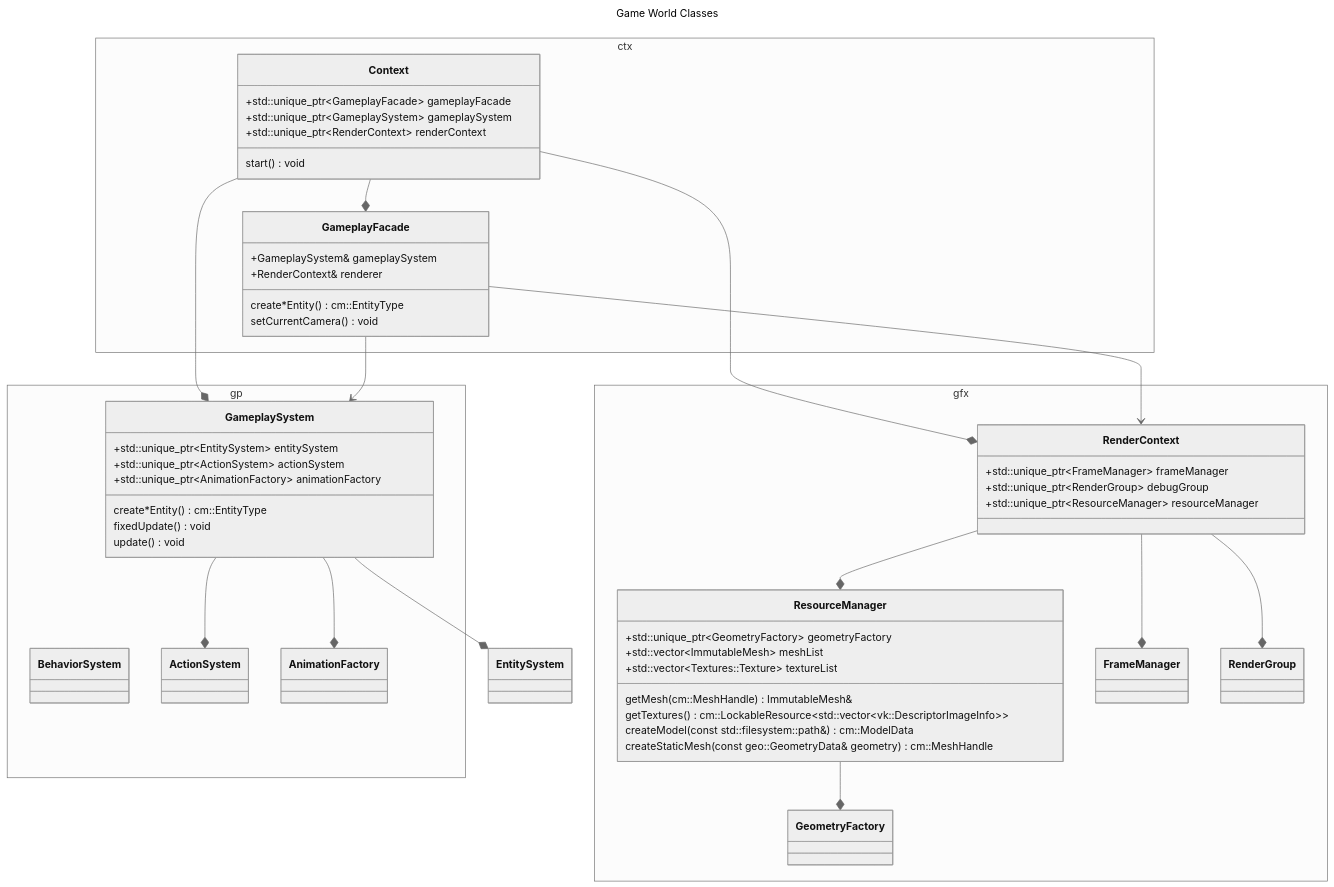
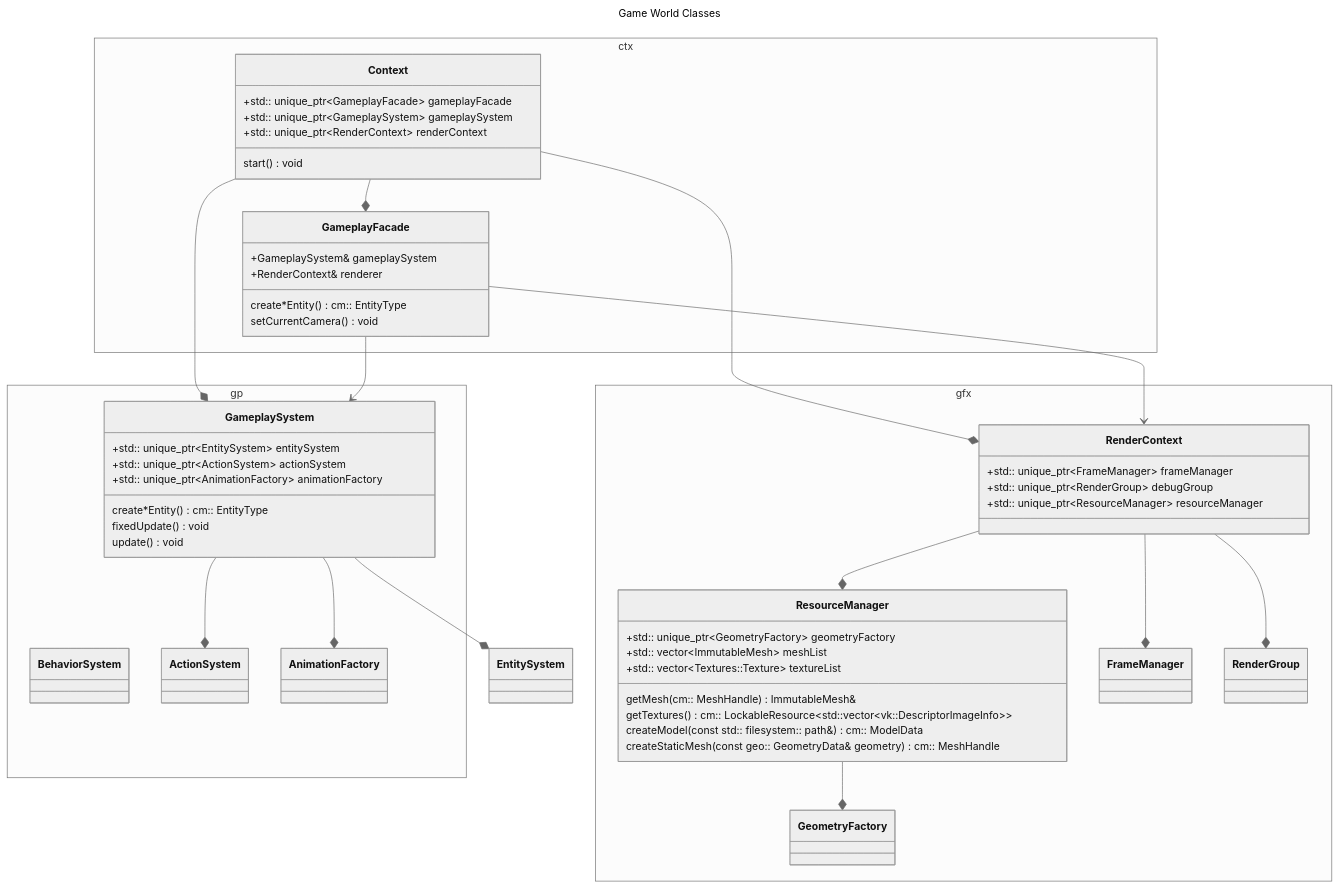
The first of 6 diagrams in design.md (matt328/triton), drawn with Mermaid (neutral theme) before and after one commit. The commit also changed other lines of this file and 43 other files, not shown here.

````diff
--- a/design.md
+++ b/design.md
@@ -221,84 +252,77 @@
 title: Game World Classes
 ---
 classDiagram
-namespace ctx {
-   class Context{
-      +std::unique_ptr~GameplayFacade~ gameplayFacade
-      +std::unique_ptr~GameplaySystem~ gameplaySystem
-      +std::unique_ptr~RenderContext~ renderContext
-      start() void
-   }
+    namespace ctx {
+        class Context {
+            +std:: unique_ptr~GameplayFacade~ gameplayFacade
+            +std:: unique_ptr~GameplaySystem~ gameplaySystem
+            +std:: unique_ptr~RenderContext~ renderContext
+            start() void
+        }
 
-   class GameplayFacade{
-      +GameplaySystem& gameplaySystem
-      +RenderContext& renderer
-      create*Entity() cm::EntityType
-      setCurrentCamera() void
-   }
-}
+        class GameplayFacade {
+            +GameplaySystem& gameplaySystem
+            +RenderContext& renderer
+            create*Entity() cm:: EntityType
+            setCurrentCamera() void
+        }
+    }
 
-namespace gp {
+    namespace gp {
+        class GameplaySystem {
+            +std:: unique_ptr~EntitySystem~ entitySystem
+            +std:: unique_ptr~ActionSystem~ actionSystem
+            +std:: unique_ptr~AnimationFactory~ animationFactory
+            create*Entity() cm:: EntityType
+            fixedUpdate() void
+            update() void
+        }
 
-   class GameplaySystem {
-      +std::unique_ptr~EntitySystem~ entitySystem
-      +std::unique_ptr~ActionSystem~ actionSystem
-      +std::unique_ptr~AnimationFactory~ animationFactory
-      create*Entity() cm::EntityType
-      fixedUpdate() void
-      update() void
-   }
+        class BehaviorSystem {
+        }
 
-   class BehaviorSystem {
+        class ActionSystem {
+        }
 
-   }
+        class AnimationFactory {
+        }
+    }
+    namespace gfx {
+        class RenderContext {
+            +std:: unique_ptr~FrameManager~ frameManager
+            +std:: unique_ptr~RenderGroup~ debugGroup
+            +std:: unique_ptr~ResourceManager~ resourceManager
+        }
 
-   class ActionSystem {
+        class ResourceManager {
+            +std:: unique_ptr~GeometryFactory~ geometryFactory
+            +std:: vector~ImmutableMesh~ meshList
+            +std:: vector~Textures::Texture~ textureList
+            getMesh(cm:: MeshHandle) ImmutableMesh&
+            getTextures() cm:: LockableResource~std::vector~vk::DescriptorImageInfo~~
+            createModel(const std:: filesystem:: path&) cm:: ModelData
+            createStaticMesh(const geo:: GeometryData& geometry) cm:: MeshHandle
+        }
 
-   }
+        class FrameManager {
+        }
 
-   class AnimationFactory {
+        class GeometryFactory {
+        }
 
-   }
-}
-namespace gfx {
-   class RenderContext {
-      +std::unique_ptr~FrameManager~ frameManager
-      +std::unique_ptr~RenderGroup~ debugGroup
-      +std::unique_ptr~ResourceManager~ resourceManager
-   }
-
-   class ResourceManager {
-      +std::unique_ptr~GeometryFactory~ geometryFactory
-      +std::vector~ImmutableMesh~ meshList
-      +std::vector~Textures::Texture~ textureList
-      getMesh(cm::MeshHandle) ImmutableMesh&
-      getTextures() cm::LockableResource~std::vector~vk::DescriptorImageInfo~~
-      createModel(const std::filesystem::path&) cm::ModelData
-      createStaticMesh(const geo::GeometryData& geometry) cm::MeshHandle
-   }
-
-   class FrameManager {
-
-   }
-
-   class GeometryFactory {
-
-   }
-
-   class RenderGroup {
-
-   }
-}
-Context --* GameplayFacade
-Context --* GameplaySystem
-Context --* RenderContext
-GameplayFacade --> GameplaySystem
-GameplayFacade --> RenderContext
-GameplaySystem --* EntitySystem
-GameplaySystem --* ActionSystem
-GameplaySystem --* AnimationFactory
-RenderContext --* FrameManager
-RenderContext --* RenderGroup
-RenderContext --* ResourceManager
-ResourceManager --* GeometryFactory
+        class RenderGroup {
+        }
+    }
+    Context --* GameplayFacade
+    Context --* GameplaySystem
+    Context --* RenderContext
+    GameplayFacade --> GameplaySystem
+    GameplayFacade --> RenderContext
+    GameplaySystem --* EntitySystem
+    GameplaySystem --* ActionSystem
+    GameplaySystem --* AnimationFactory
+    RenderContext --* FrameManager
+    RenderContext --* RenderGroup
+    RenderContext --* ResourceManager
+    ResourceManager --* GeometryFactory
 ```
````
